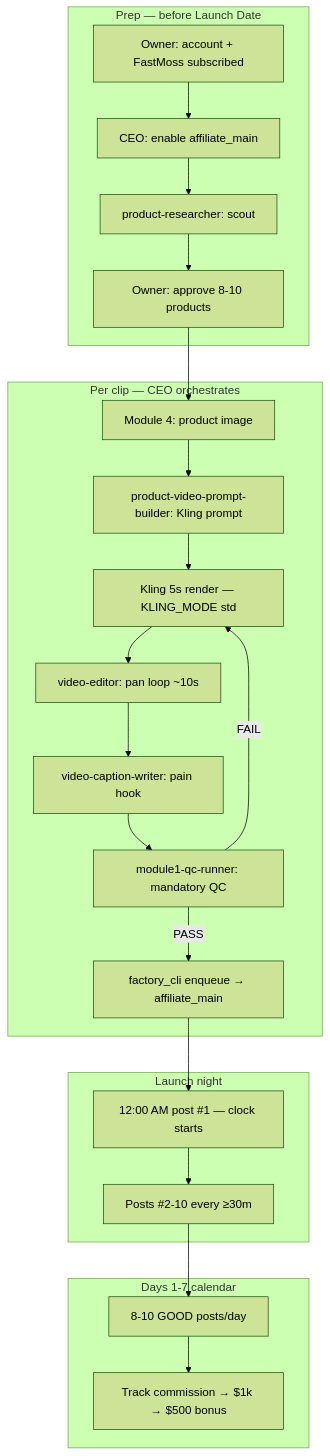
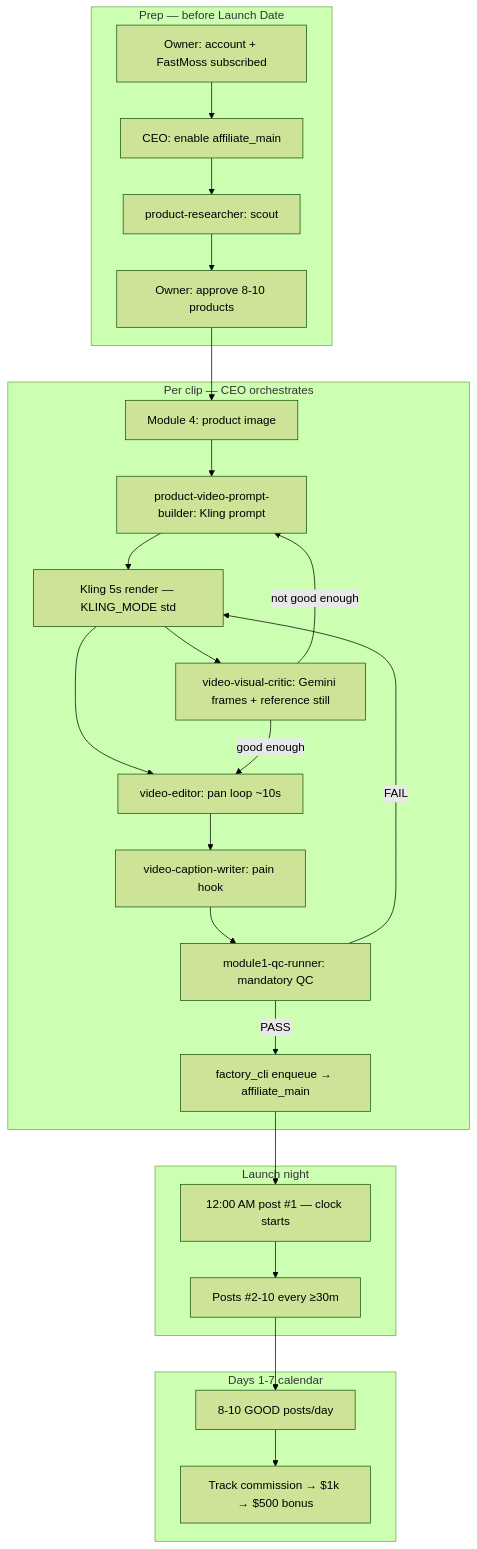
One commit to ProofOfProgress/proof-codex-ai changed the first of 3 diagrams in docs/PIPELINE_SYSTEM_DESIGN.md. Above: the diagram before and after it, drawn with Mermaid (forest theme). The commit also changed other lines of this file and 19 other files, not shown here.

First line of the commit message:
Add Gemini visual feedback loop for prompt ↔ Kling regen

````diff
--- a/docs/PIPELINE_SYSTEM_DESIGN.md
+++ b/docs/PIPELINE_SYSTEM_DESIGN.md
@@ -21,29 +21,32 @@
 ```mermaid
 flowchart TD
   subgraph prep [Prep — before Launch Date]
     A[Owner: account + FastMoss subscribed] --> B[CEO: enable affiliate_main]
     B --> C[product-researcher: scout]
     C --> D[Owner: approve 8-10 products]
   end
 
   subgraph per_clip [Per clip — CEO orchestrates]
     D --> E[Module 4: product image]
     E --> F[product-video-prompt-builder: Kling prompt]
     F --> G[Kling 5s render — KLING_MODE std]
     G --> H[video-editor: pan loop ~10s]
+    G --> V[video-visual-critic: Gemini frames + reference still]
+    V -->|not good enough| F
+    V -->|good enough| H
     H --> I[video-caption-writer: pain hook]
     I --> J[module1-qc-runner: mandatory QC]
     J -->|PASS| K[factory_cli enqueue → affiliate_main]
     J -->|FAIL| G
   end
 
   subgraph launch [Launch night]
     K --> L["12:00 AM post #1 — clock starts"]
     L --> M["Posts #2-10 every ≥30m"]
   end
 
   subgraph week1 [Days 1-7 calendar]
     M --> N[8-10 GOOD posts/day]
     N --> O[Track commission → $1k → $500 bonus]
   end
 ```
````
